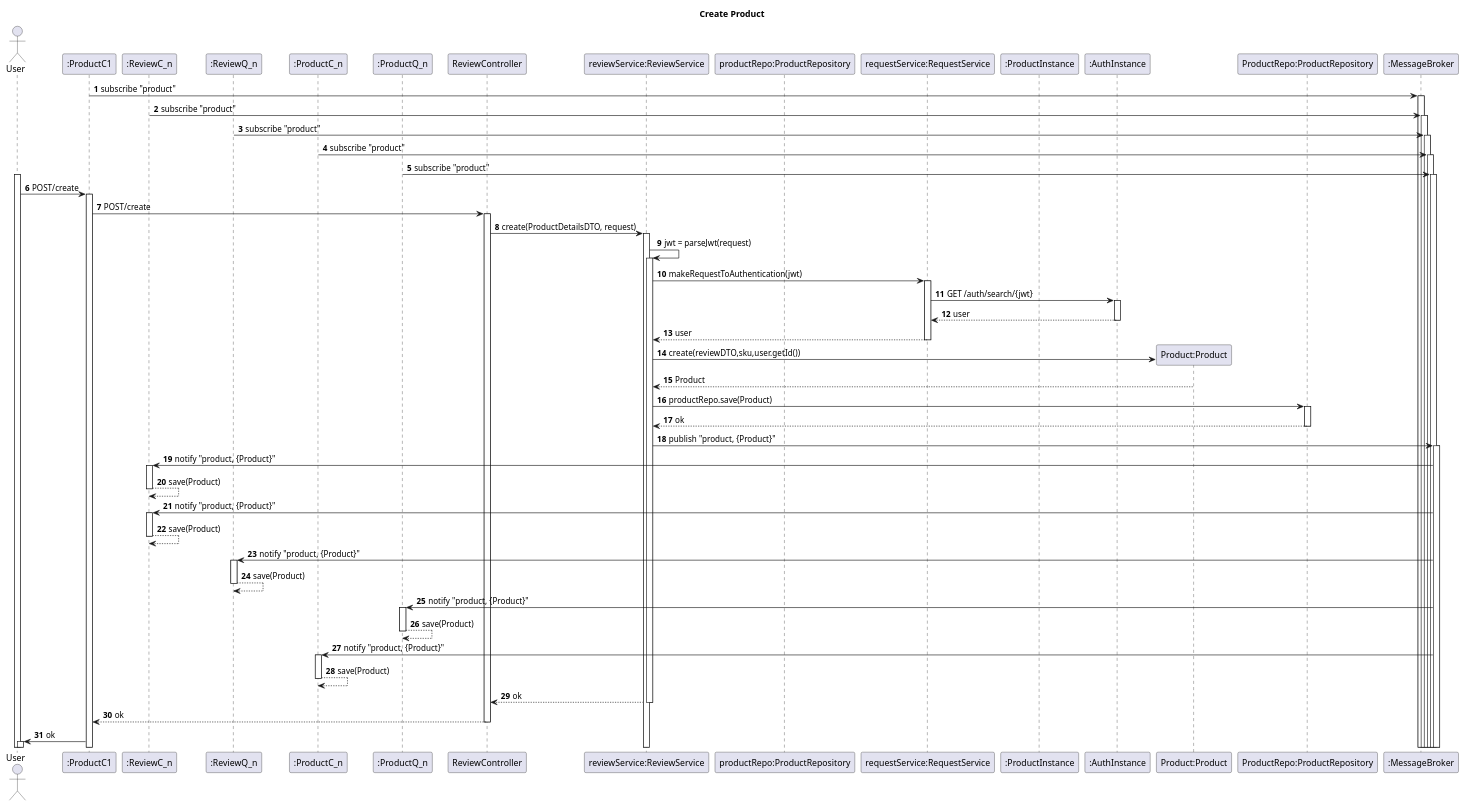
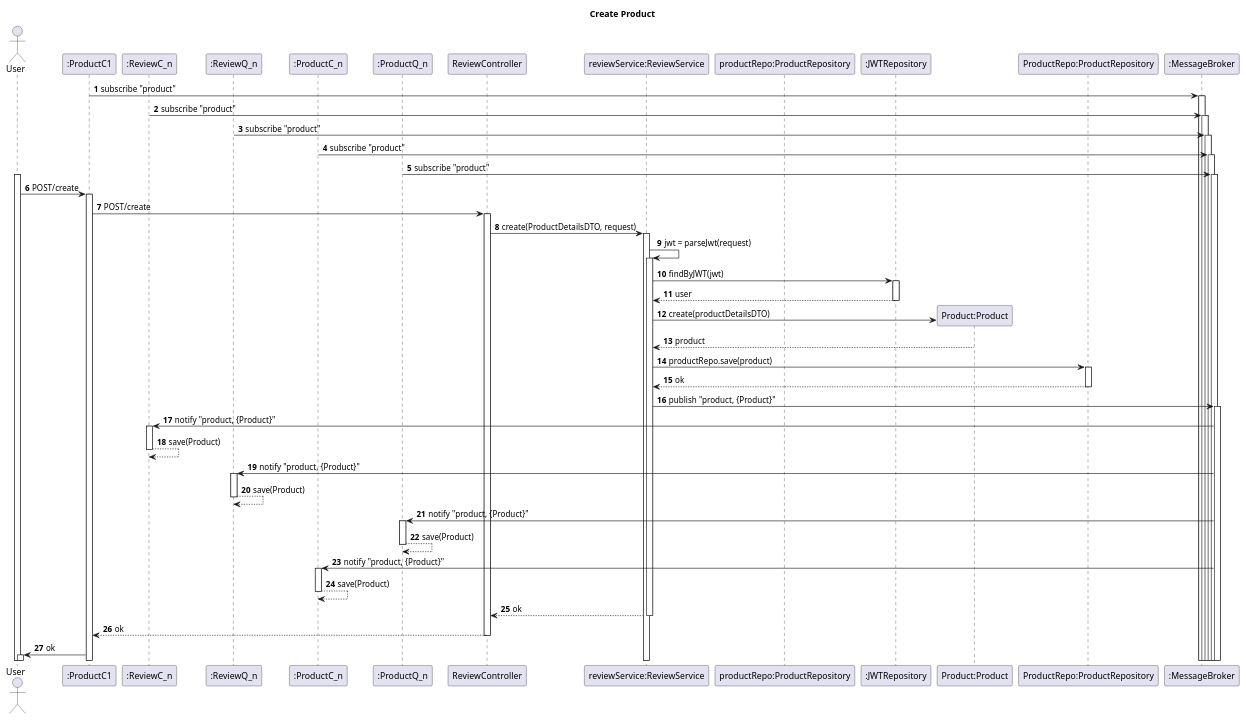
One commit to TiagoNora/SIDIS-Docs changed the diagram in Docs/US014-SD.puml. Above: the diagram before and after it, drawn with PlantUML. The commit also changed 5 other files, not shown here.

```diff
--- a/Docs/US014-SD.puml
+++ b/Docs/US014-SD.puml
@@ -1,69 +1,64 @@
 @startuml
 'https://plantuml.com/sequence-diagram
 title Create Product
 autoactivate on
 autonumber
 
 actor "User" as User
 
 participant ":ProductC1" as productC
 participant ":ReviewC_n" as reviewC_n
 participant ":ReviewQ_n" as reviewQ_n
 participant ":ProductC_n" as productC_n
 participant ":ProductQ_n" as productQ_n
 
 participant "ReviewController" as Ctrl
 participant "reviewService:ReviewService" as Svc
 participant "productRepo:ProductRepository" as repository
-participant "requestService:RequestService" as request
-participant ":ProductInstance" as instance
-participant ":AuthInstance" as instanceAuth
+participant ":JWTRepository" as jwtRepository
 participant "Product:Product" as product
 participant "ProductRepo:ProductRepository" as Repo
 
 participant ":MessageBroker" as broker
 
 
 
 productC -> broker: subscribe "product"
 reviewC_n -> broker: subscribe "product"
 reviewQ_n -> broker: subscribe "product"
 productC_n -> broker: subscribe "product"
 productQ_n -> broker: subscribe "product"
 
 activate User
 User -> productC : POST/create
 productC -> Ctrl: POST/create
 
 
 Ctrl -> Svc : create(ProductDetailsDTO, request)
 
 Svc -> Svc: jwt = parseJwt(request)
-Svc -> request: makeRequestToAuthentication(jwt)
-request -> instanceAuth: GET /auth/search/{jwt}
-instanceAuth --> request: user
-request --> Svc: user
-Svc -> product** : create(reviewDTO,sku,user.getId())
-product --> Svc :  Product
-Svc -> Repo : productRepo.save(Product)
+Svc -> jwtRepository: findByJWT(jwt)
+jwtRepository --> Svc: user
+Svc -> product** : create(productDetailsDTO)
+product --> Svc :  product
+Svc -> Repo : productRepo.save(product)
 Repo --> Svc : ok
 Svc -> broker: publish "product, {Product}"
 
 reviewC_n <- broker: notify "product, {Product}"
 reviewC_n --> reviewC_n: save(Product)
 
-reviewC_n <- broker: notify "product, {Product}"
-reviewC_n --> reviewC_n: save(Product)
+
 reviewQ_n <- broker: notify "product, {Product}"
 reviewQ_n --> reviewQ_n: save(Product)
 
 productQ_n <- broker: notify "product, {Product}"
 productQ_n --> productQ_n: save(Product)
 productC_n <- broker: notify "product, {Product}"
 productC_n --> productC_n: save(Product)
 
 Svc --> Ctrl : ok
 Ctrl --> productC : ok
 productC -> User: ok
 
 @enduml
```
